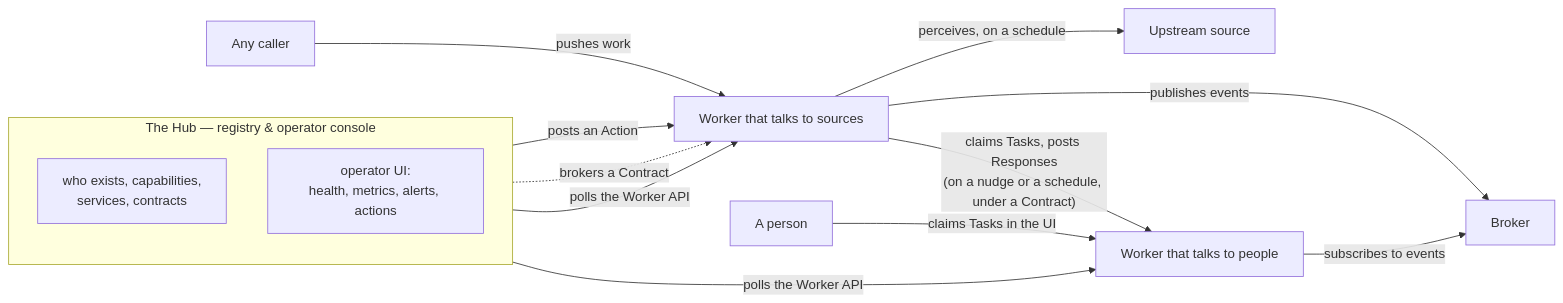
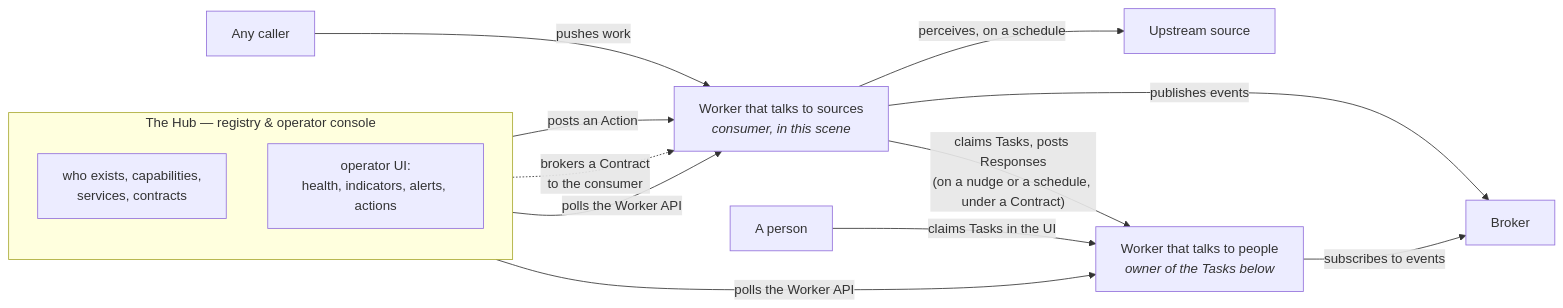
The diagram in docs/architecture.md (rowing-tech/worker-protocol), drawn with Mermaid before and after one commit. The commit also changed other lines of this file and 3 other files, not shown here.

````diff
--- a/docs/architecture.md
+++ b/docs/architecture.md
@@ -80,25 +80,25 @@
 ```mermaid
 flowchart LR
   subgraph hub["The Hub — registry & operator console"]
     direction TB
     registry["who exists, capabilities,<br/>services, contracts"]
-    console["operator UI:<br/>health, metrics, alerts, actions"]
+    console["operator UI:<br/>health, indicators, alerts, actions"]
   end
   source["Upstream source"]
   caller["Any caller"]
-  worker["Worker that talks to sources"]
-  app["Worker that talks to people"]
+  worker["Worker that talks to sources<br/><i>consumer, in this scene</i>"]
+  app["Worker that talks to people<br/><i>owner of the Tasks below</i>"]
   broker["Broker"]
   person["A person"]
 
   worker -- "perceives, on a schedule" --> source
   caller -- "pushes work" --> worker
   worker -- "claims Tasks, posts Responses<br/>(on a nudge or a schedule, under a Contract)" --> app
   person -- "claims Tasks in the UI" --> app
   worker -- "publishes events" --> broker
   app -- "subscribes to events" --> broker
   hub -- "polls the Worker API" --> worker
   hub -- "polls the Worker API" --> app
   console -- "posts an Action" --> worker
-  registry -. "brokers a Contract" .-> worker
+  registry -. "brokers a Contract<br/>to the consumer" .-> worker
 ```
````
